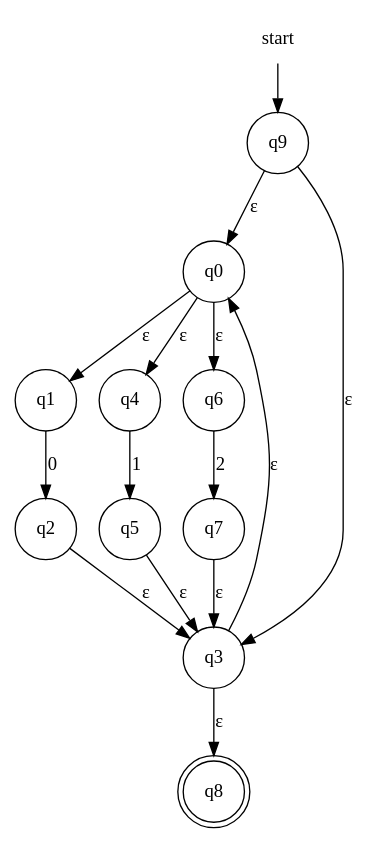
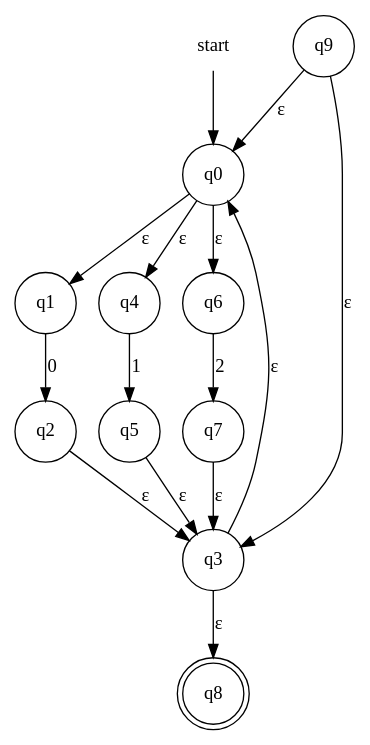
Before and after one commit to evertheylen/TA_TO: the diagram in fase1/RE-eNFA/regex_8.dot, drawn with Graphviz. The commit also changed 13 other files, not shown here.

```diff
--- a/fase1/RE-eNFA/regex_8.dot
+++ b/fase1/RE-eNFA/regex_8.dot
@@ -1,19 +1,19 @@
 digraph automaton {
     node [shape=none]; start;
     node [shape=doublecircle]; "q8";
     node [shape=circle];
-    start -> "q9";
+    start -> "q0";
     "q0" -> "q1" [label="&epsilon;"];
     "q0" -> "q4" [label="&epsilon;"];
     "q0" -> "q6" [label="&epsilon;"];
     "q1" -> "q2" [label="0"];
     "q2" -> "q3" [label="&epsilon;"];
     "q3" -> "q0" [label="&epsilon;"];
     "q3" -> "q8" [label="&epsilon;"];
     "q4" -> "q5" [label="1"];
     "q5" -> "q3" [label="&epsilon;"];
     "q6" -> "q7" [label="2"];
     "q7" -> "q3" [label="&epsilon;"];
     "q9" -> "q0" [label="&epsilon;"];
     "q9" -> "q3" [label="&epsilon;"];
 }
```
